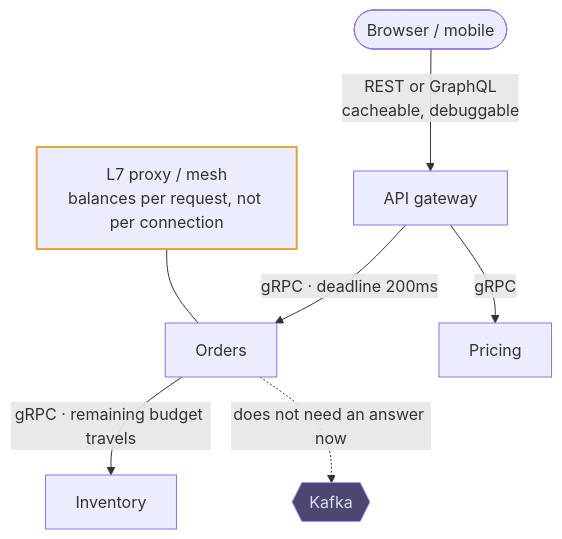
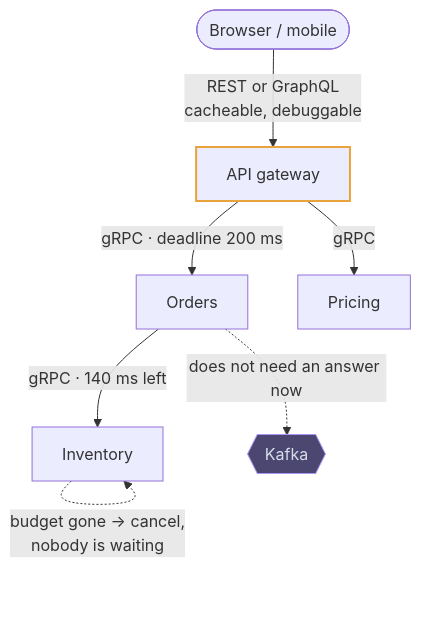
Before and after one commit to mertkahyaoglu/atlas: the first of 4 diagrams in content/tech/14-grpc.md, drawn with Mermaid. The commit also changed other lines of this file and 18 other files, not shown here.

First line of the commit message:
Rebuild the technology pages as use cases with diagrams

````diff
--- a/content/tech/14-grpc.md
+++ b/content/tech/14-grpc.md
@@ -79,14 +44,14 @@
 ```mermaid
 flowchart TB
     Browser([Browser / mobile]) -- "REST or GraphQL<br/>cacheable, debuggable" --> GW["API gateway"]
-    GW -- "gRPC · deadline 200ms" --> S1["Orders"]
+    GW -- "gRPC · deadline 200 ms" --> S1["Orders"]
     GW -- "gRPC" --> S2["Pricing"]
-    S1 -- "gRPC · remaining budget travels" --> S3["Inventory"]
+    S1 -- "gRPC · 140 ms left" --> S3["Inventory"]
+    S3 -. "budget gone → cancel,<br/>nobody is waiting" .-> S3
     S1 -. "does not need an answer now" .-> K{{"Kafka"}}
-    Proxy["L7 proxy / mesh<br/>balances per request, not per connection"] --- S1
 
     classDef queue fill:#4b4771,stroke:#ad94f7,color:#d7dee8
     classDef hot stroke:#e8a33d,stroke-width:2px
     class K queue
-    class Proxy hot
+    class GW hot
 ```
````
